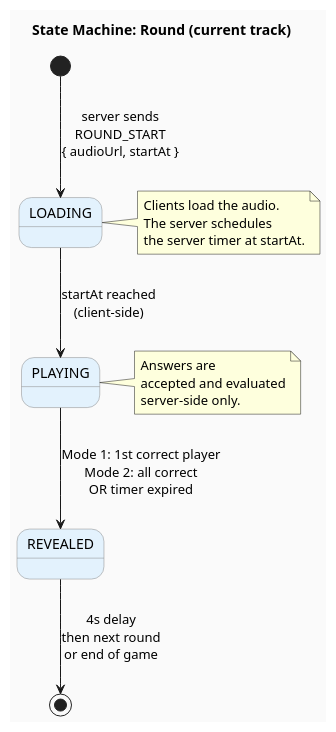
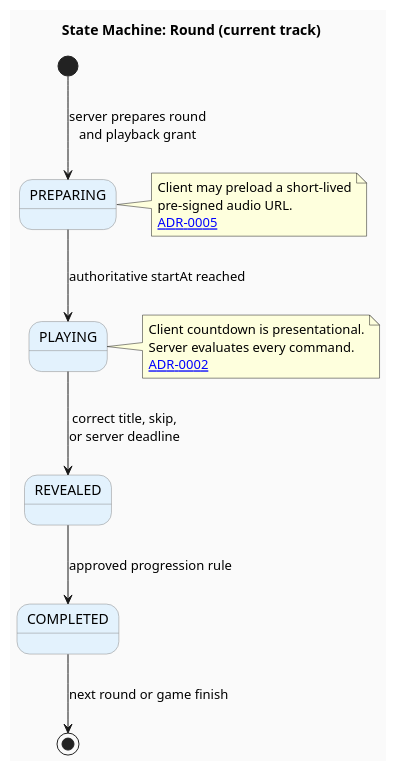
One commit to CyprienJ/blindTest changed the second of 4 diagrams in docs/diagrams/03-etats.puml. Above: the diagram before and after it, drawn with PlantUML. The commit also changed other lines of this file and 12 other files, not shown here.

Commit message:
FND-06 — Record core architecture decisions

```diff
--- a/docs/diagrams/03-etats.puml
+++ b/docs/diagrams/03-etats.puml
@@ -42,29 +42,31 @@
 @startuml States - Round
+' Decision: ADR-0002 makes these transitions server-authoritative.
 title State Machine: Round (current track)
 skinparam backgroundColor #FAFAFA
 skinparam state {
   BorderColor #888888
   BackgroundColor #E3F2FD
 }
 
-[*] --> LOADING : server sends\nROUND_START\n{ audioUrl, startAt }
+[*] --> PREPARING : server prepares round\nand playback grant
 
-LOADING --> PLAYING : startAt reached\n(client-side)
+PREPARING --> PLAYING : authoritative startAt reached
 
-PLAYING --> REVEALED : Mode 1: 1st correct player\nMode 2: all correct\nOR timer expired
+PLAYING --> REVEALED : correct title, skip,\nor server deadline
 
-REVEALED --> [*] : 4s delay\nthen next round\nor end of game
+REVEALED --> COMPLETED : approved progression rule
+COMPLETED --> [*] : next round or game finish
 
-note right of LOADING
-  Clients load the audio.
-  The server schedules
-  the server timer at startAt.
+note right of PREPARING
+  Client may preload a short-lived
+  pre-signed audio URL.
+  [[../adr/0005-private-s3-media-and-presigned-playback.md ADR-0005]]
 end note
 
 note right of PLAYING
-  Answers are
-  accepted and evaluated
-  server-side only.
+  Client countdown is presentational.
+  Server evaluates every command.
+  [[../adr/0002-server-authoritative-sessions.md ADR-0002]]
 end note
 
 @enduml
```
